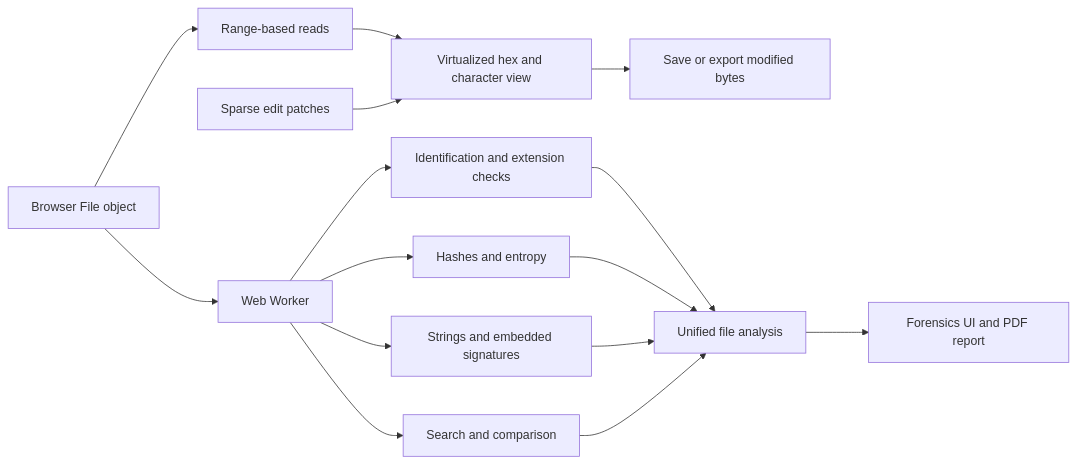
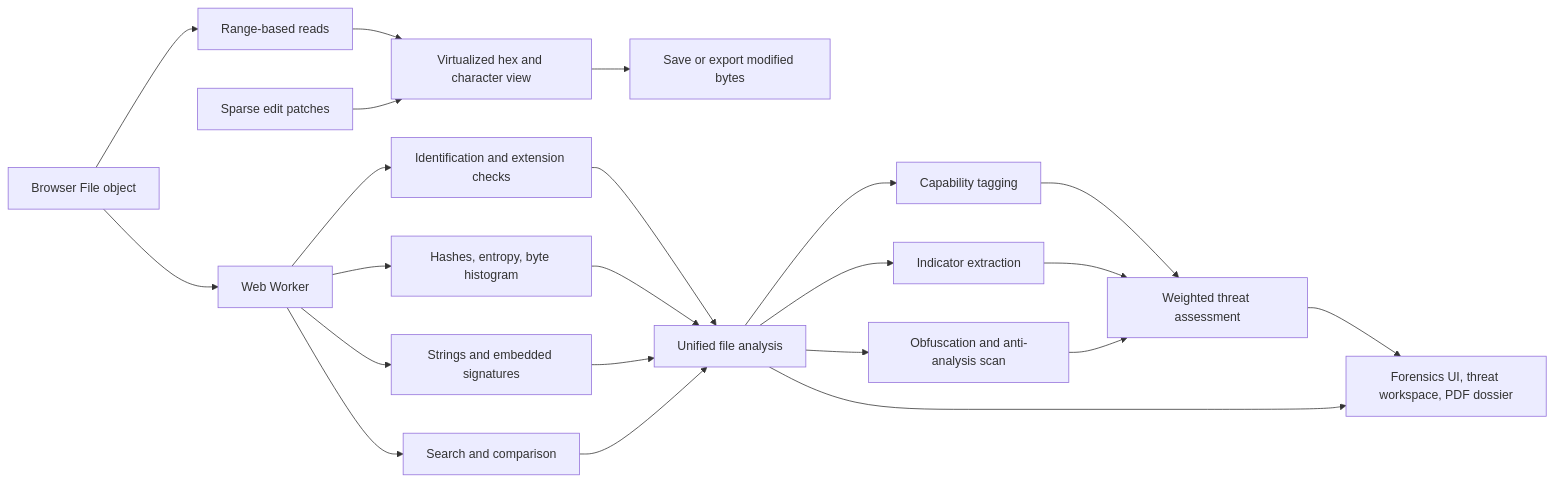
One commit to D3v4nshPat3l/HexForgeStudio changed the diagram in README.md. Above: the diagram before and after it, drawn with Mermaid. The commit also changed other lines of this file and 18 other files, not shown here.

First line of the commit message:
Add threat intelligence engine, forensic dossier, and console redesign

````diff
--- a/README.md
+++ b/README.md
@@ -117,18 +146,25 @@
 ```mermaid
 flowchart LR
     A[Browser File object] --> B[Range-based reads]
     B --> C[Virtualized hex and character view]
     D[Sparse edit patches] --> C
     C --> E[Save or export modified bytes]
 
     A --> F[Web Worker]
     F --> G[Identification and extension checks]
-    F --> H[Hashes and entropy]
+    F --> H[Hashes, entropy, byte histogram]
     F --> I[Strings and embedded signatures]
     F --> J[Search and comparison]
     G --> K[Unified file analysis]
     H --> K
     I --> K
     J --> K
-    K --> L[Forensics UI and PDF report]
+    K --> M[Capability tagging]
+    K --> N[Indicator extraction]
+    K --> O[Obfuscation and anti-analysis scan]
+    M --> P[Weighted threat assessment]
+    N --> P
+    O --> P
+    P --> L[Forensics UI, threat workspace, PDF dossier]
+    K --> L
 ```
````
